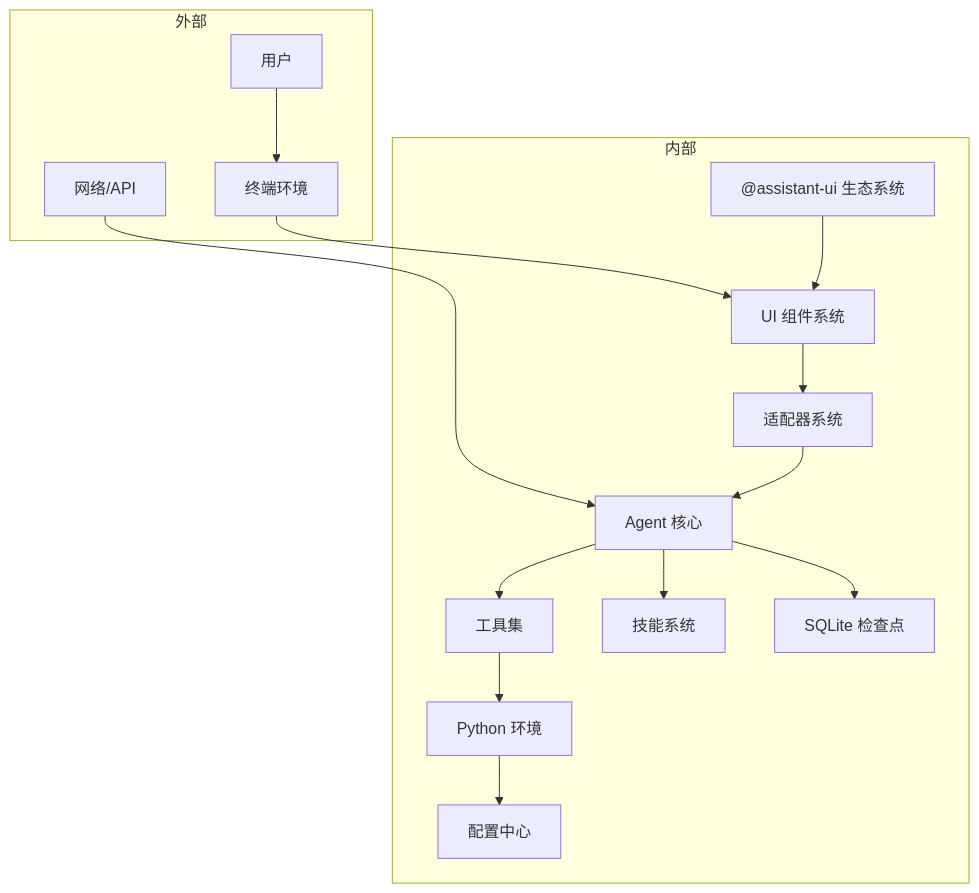
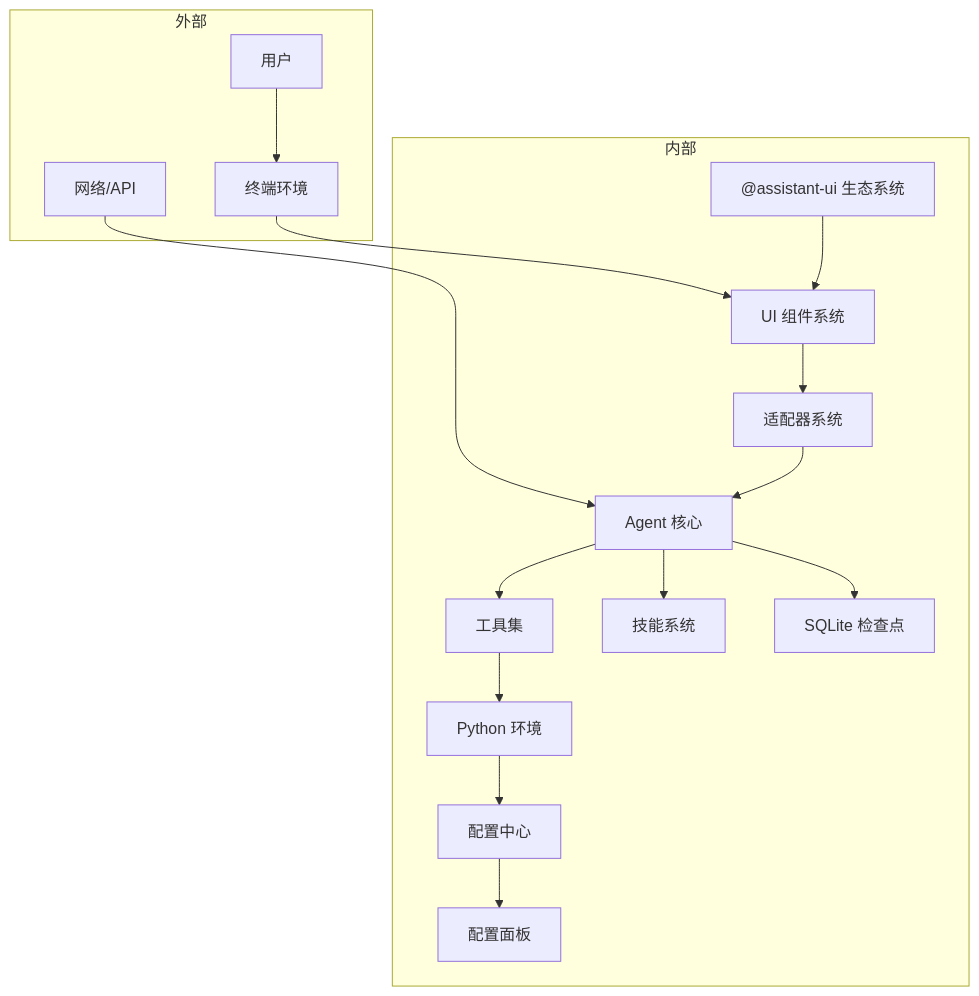
Before and after one commit to HAOFUYANG/onion-code: diagram 13 of 13 in .qoder/repowiki/zh/content/核心架构/核心架构.md, drawn with Mermaid. The commit also changed other lines of this file and 25 other files, not shown here.

````diff
--- a/.qoder/repowiki/zh/content/核心架构/核心架构.md
+++ b/.qoder/repowiki/zh/content/核心架构/核心架构.md
@@ -622,29 +632,31 @@
 ```mermaid
 graph TB
 subgraph "外部"
 User["用户"]
 Network["网络/API"]
 Terminal["终端环境"]
 end
 subgraph "内部"
 Agent["Agent 核心"]
 UI["UI 组件系统"]
 Adapter["适配器系统"]
 Tools["工具集"]
 Skills["技能系统"]
 Checkpoint["SQLite 检查点"]
 PyEnv["Python 环境"]
 Config["配置中心"]
 AssistantUI["@assistant-ui 生态系统"]
+ConfigPanel["配置面板"]
 end
 User --> Terminal --> UI
 Network --> Agent
 AssistantUI --> UI
 UI --> Adapter
 Adapter --> Agent
 Agent --> Tools
 Agent --> Skills
 Agent --> Checkpoint
 Tools --> PyEnv
 PyEnv --> Config
+Config --> ConfigPanel
 ```
````
